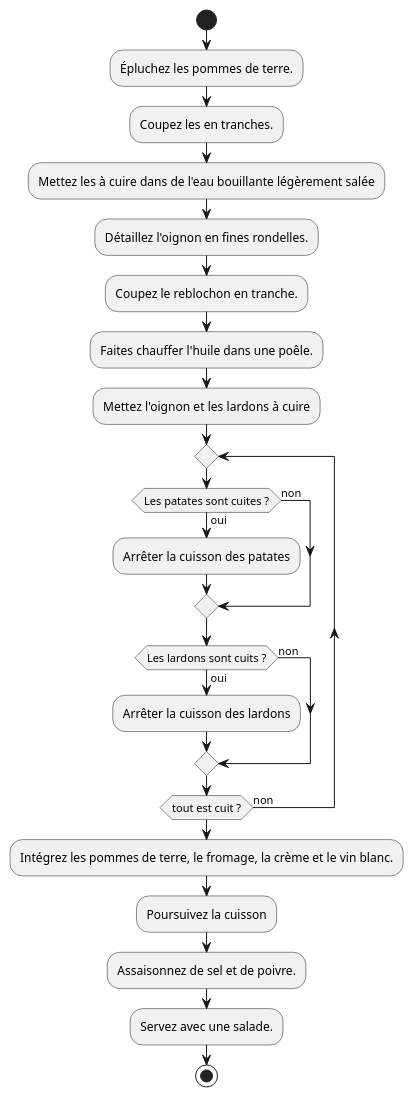
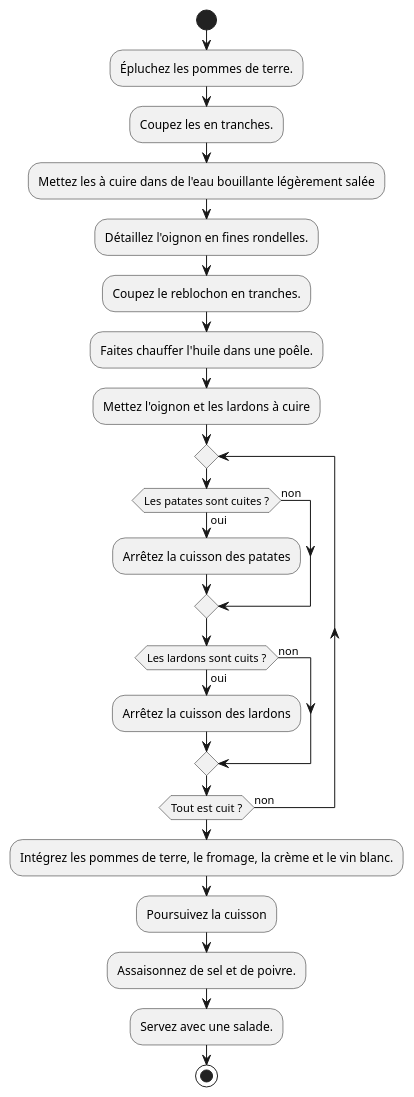
Before and after one commit to qlurkin/qlurkin.github.io: the first of 7 diagrams in docs/courses/python1ba/slides/slides1/index.md, drawn with PlantUML. The commit also changed other lines of this file and 3 other files, not shown here.

````diff
--- a/docs/courses/python1ba/slides/slides1/index.md
+++ b/docs/courses/python1ba/slides/slides1/index.md
@@ -91,27 +91,27 @@
 ```plantuml {.build}
 @startuml
 start
 :Épluchez les pommes de terre.;
 :Coupez les en tranches.;
 :Mettez les à cuire dans de l'eau bouillante légèrement salée;
 :Détaillez l'oignon en fines rondelles.;
-:Coupez le reblochon en tranche.;
+:Coupez le reblochon en tranches.;
 :Faites chauffer l'huile dans une poêle.;
 :Mettez l'oignon et les lardons à cuire;
 repeat
   if (Les patates sont cuites ?) then (oui)
-    :Arrêter la cuisson des patates;
+    :Arrêtez la cuisson des patates;
   else (non)
   endif
   if (Les lardons sont cuits ?) then (oui)
-    :Arrêter la cuisson des lardons;
+    :Arrêtez la cuisson des lardons;
   else (non)
   endif
-repeat while (tout est cuit ?) is (non)
+repeat while (Tout est cuit ?) is (non)
 :Intégrez les pommes de terre, le fromage, la crème et le vin blanc.;
 :Poursuivez la cuisson;
 :Assaisonnez de sel et de poivre.;
 :Servez avec une salade.;
 stop
 @enduml
 ```
````
